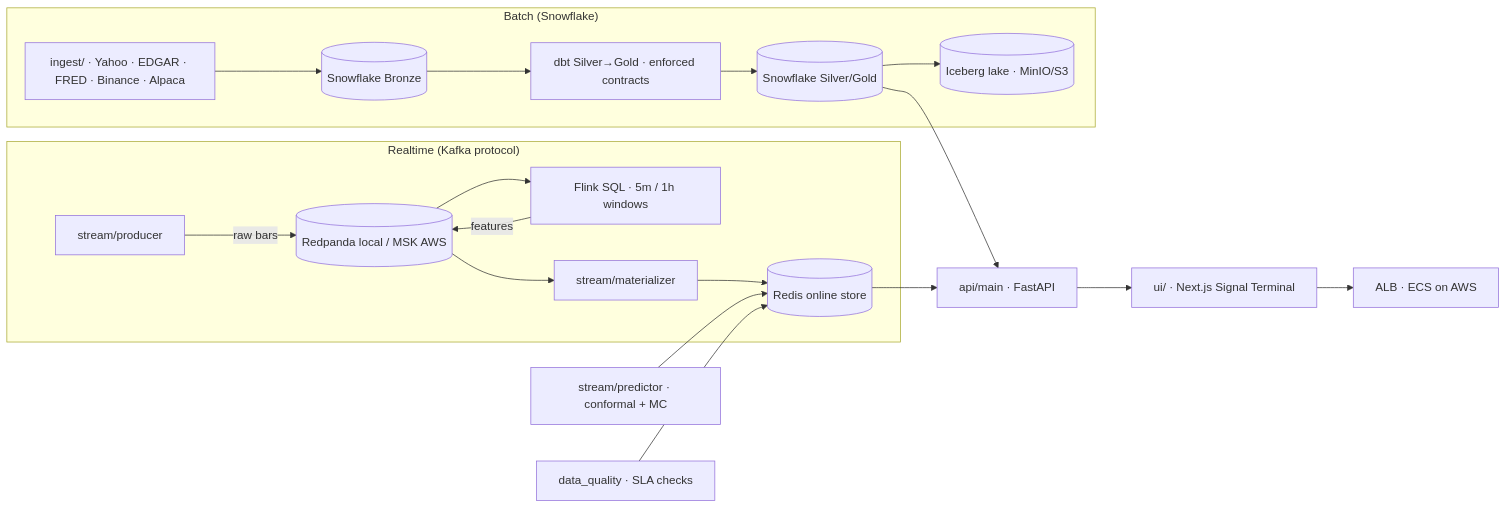
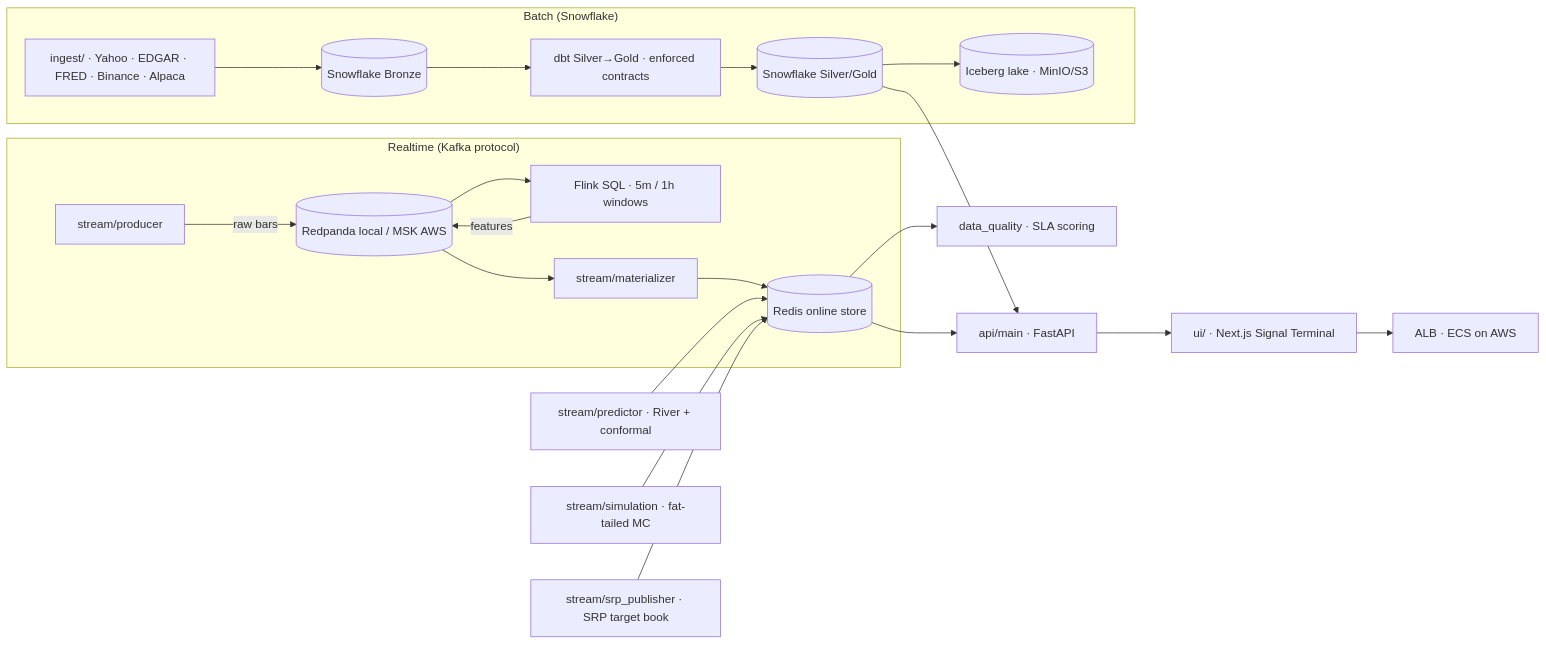
Before and after one commit to dhanyamd/mlops: the diagram in quant_signal/README.md, drawn with Mermaid. The commit also changed other lines of this file and 119 other files, not shown here.

Commit message:
update the final architecture

````diff
--- a/quant_signal/README.md
+++ b/quant_signal/README.md
@@ -53,26 +59,28 @@
 ```mermaid
 flowchart LR
     subgraph Batch["Batch (Snowflake)"]
         ING[ingest/ · Yahoo · EDGAR · FRED · Binance · Alpaca]
         DBT[dbt Silver→Gold · enforced contracts]
         ING --> BRONZE[(Snowflake Bronze)]
         BRONZE --> DBT --> MART[(Snowflake Silver/Gold)]
         MART --> LAKE[(Iceberg lake · MinIO/S3)]
     end
 
     subgraph Realtime["Realtime (Kafka protocol)"]
         PROD[stream/producer]
         PROD -->|raw bars| KAFKA[(Redpanda local / MSK AWS)]
         FLINK[Flink SQL · 5m / 1h windows]
         KAFKA --> FLINK -->|features| KAFKA
         MAT[stream/materializer] --> REDIS[(Redis online store)]
         KAFKA --> MAT
     end
 
     MART --> API[api/main · FastAPI]
     REDIS --> API
-    PRED[stream/predictor · conformal + MC] --> REDIS
-    QUAL[data_quality · SLA checks] --> REDIS
+    PRED[stream/predictor · River + conformal] --> REDIS
+    MC[stream/simulation · fat-tailed MC] --> REDIS
+    SRP[stream/srp_publisher · SRP target book] --> REDIS
+    REDIS --> QUAL[data_quality · SLA scoring]
     API --> UI[ui/ · Next.js Signal Terminal]
     UI --> ALB[ALB · ECS on AWS]
 ```
````
